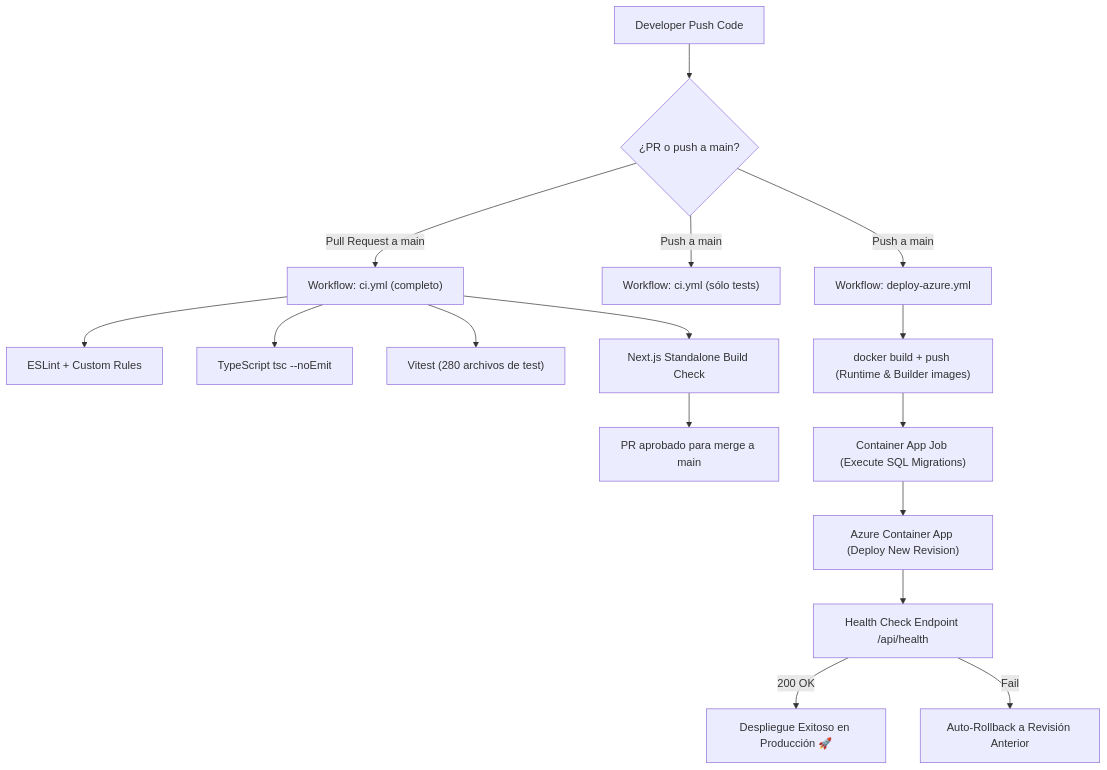
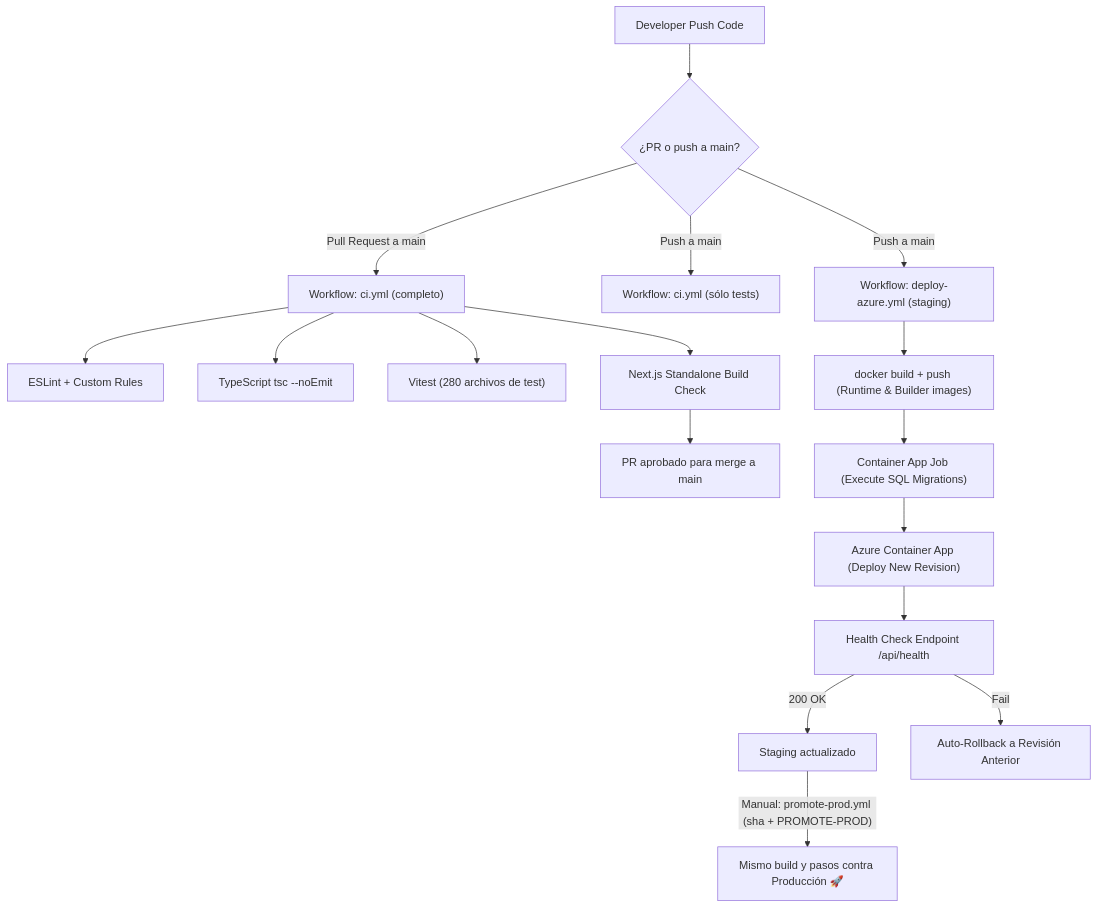
Before and after one commit to manny864/finops: diagram 12 of 20 in docs/hld/00-hld-completo.md, drawn with Mermaid. The commit also changed 8 other files, not shown here.

First line of the commit message:
feat(ci): un push a main despliega sólo staging; prod se promueve a mano con promote-prod

````diff
--- a/docs/hld/00-hld-completo.md
+++ b/docs/hld/00-hld-completo.md
@@ -493,20 +493,21 @@
 ```mermaid
 flowchart TD
     DEV["Developer Push Code"] --> BRANCH{"¿PR o push a main?"}
 
     BRANCH -->|"Pull Request a main"| CI_WORKFLOW["Workflow: ci.yml (completo)"]
     CI_WORKFLOW --> LINT["ESLint + Custom Rules"]
     CI_WORKFLOW --> TYPECHECK["TypeScript tsc --noEmit"]
     CI_WORKFLOW --> TEST["Vitest (280 archivos de test)"]
     CI_WORKFLOW --> BUILD_TEST["Next.js Standalone Build Check"]
     BUILD_TEST --> PASS_MAIN["PR aprobado para merge a main"]
 
     BRANCH -->|"Push a main"| CI_TESTS["Workflow: ci.yml (sólo tests)"]
-    BRANCH -->|"Push a main"| DEPLOY_WORKFLOW["Workflow: deploy-azure.yml"]
+    BRANCH -->|"Push a main"| DEPLOY_WORKFLOW["Workflow: deploy-azure.yml (staging)"]
     DEPLOY_WORKFLOW --> ACR_BUILD["docker build + push (Runtime & Builder images)"]
     ACR_BUILD --> MIGRATION_JOB["Container App Job (Execute SQL Migrations)"]
     MIGRATION_JOB --> REVISION_UPDATE["Azure Container App (Deploy New Revision)"]
     REVISION_UPDATE --> HEALTH_CHECK["Health Check Endpoint /api/health"]
-    HEALTH_CHECK -->|200 OK| PROD_LIVE["Despliegue Exitoso en Producción 🚀"]
+    HEALTH_CHECK -->|200 OK| STAGING_LIVE["Staging actualizado"]
+    STAGING_LIVE -->|"Manual: promote-prod.yml (sha + PROMOTE-PROD)"| PROD_LIVE["Mismo build y pasos contra Producción 🚀"]
     HEALTH_CHECK -->|Fail| ROLLBACK["Auto-Rollback a Revisión Anterior"]
 ```
````
